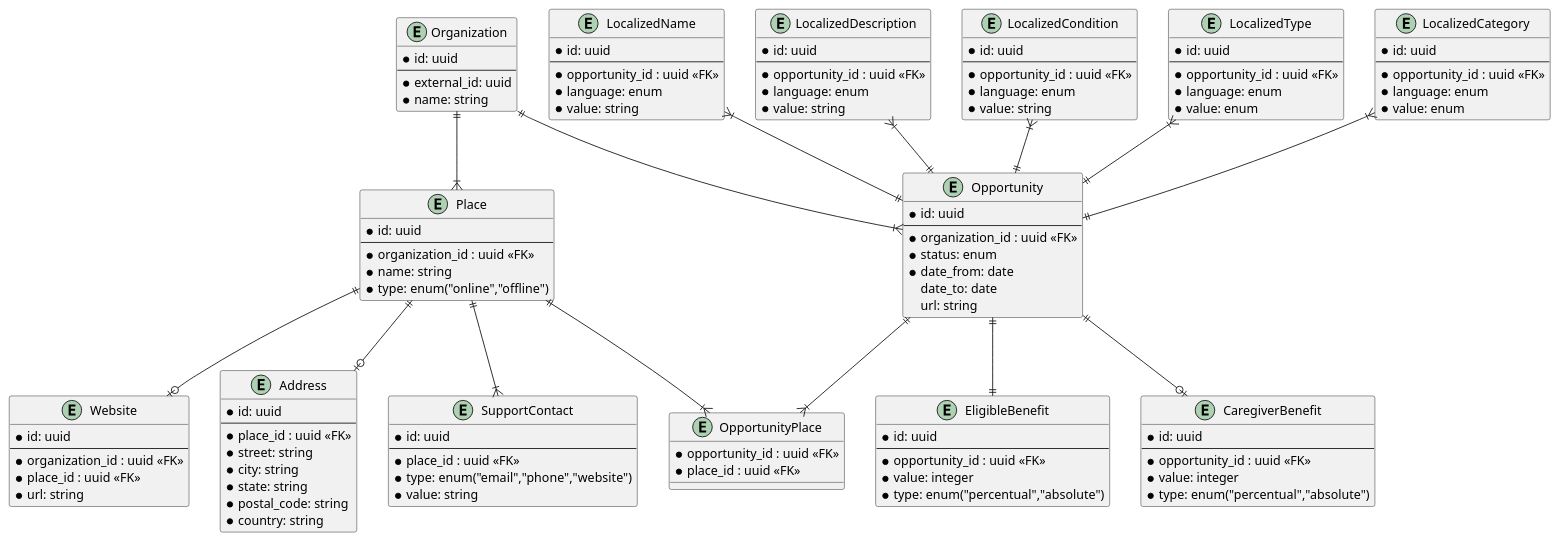
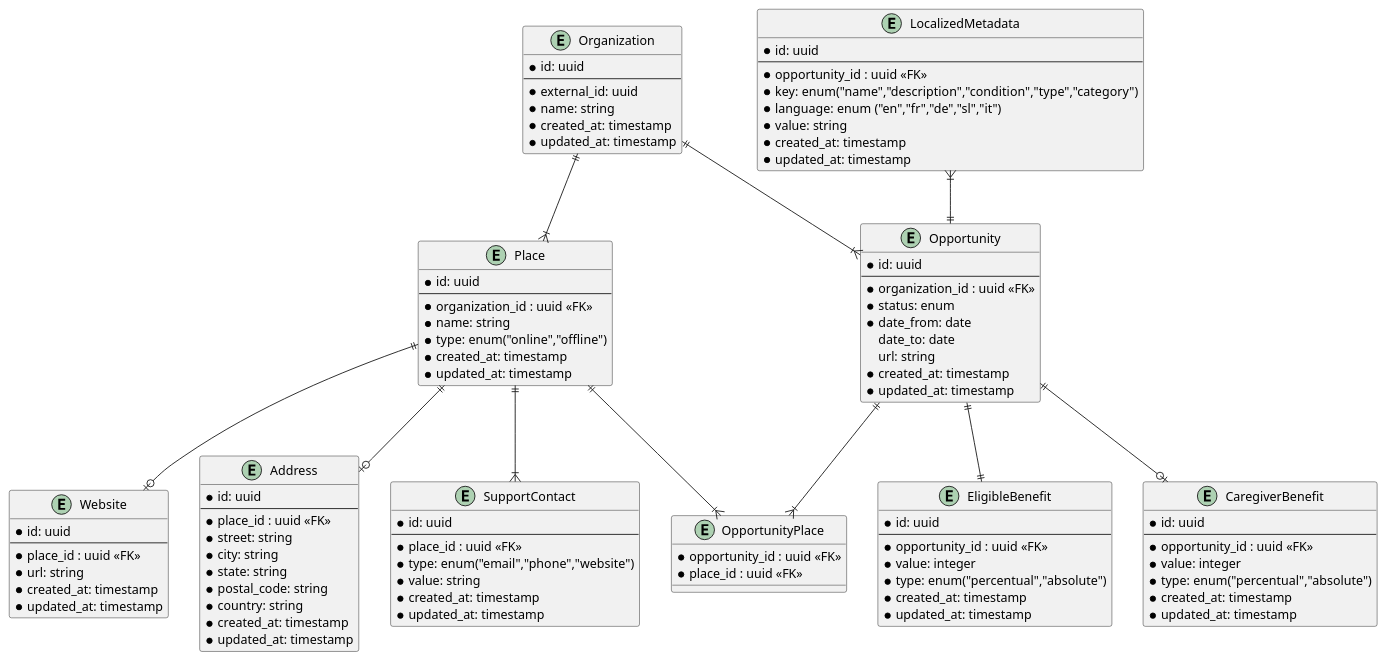
The diagram in docs/backoffice/er.puml (pagopa/io-growth), drawn with PlantUML before and after one commit.

Commit message:
(doc): fixes from review

```diff
--- a/docs/backoffice/er.puml
+++ b/docs/backoffice/er.puml
@@ -1,131 +1,113 @@
 @startuml er diagram
 
 entity Organization {
     * id: uuid
     --
     * external_id: uuid
     * name: string
+    * created_at: timestamp
+    * updated_at: timestamp
 }
 
 entity Place {
     * id: uuid
     --
     * organization_id : uuid <<FK>>
     * name: string
     * type: enum("online","offline")
+    * created_at: timestamp
+    * updated_at: timestamp
 }
 
 entity Website {
     * id: uuid
     --
-    * organization_id : uuid <<FK>>
     * place_id : uuid <<FK>>
     * url: string
+    * created_at: timestamp
+    * updated_at: timestamp
 }
 
 entity Address {
     * id: uuid
     --
     * place_id : uuid <<FK>>
     * street: string
     * city: string
     * state: string
     * postal_code: string
     * country: string
+    * created_at: timestamp
+    * updated_at: timestamp
 }
 
 entity SupportContact {
     * id: uuid
     --
     * place_id : uuid <<FK>>
     * type: enum("email","phone","website")
     * value: string
+    * created_at: timestamp
+    * updated_at: timestamp
 }
 
 entity OpportunityPlace {
     * opportunity_id : uuid <<FK>>
     * place_id : uuid <<FK>>
 }
 
 entity Opportunity {
     * id: uuid
     --
     * organization_id : uuid <<FK>>
     * status: enum
     * date_from: date
     date_to: date
     url: string
+    * created_at: timestamp
+    * updated_at: timestamp
 }
 
 entity EligibleBenefit {
     * id: uuid
     --
     * opportunity_id : uuid <<FK>>
     * value: integer
     * type: enum("percentual","absolute")
+    * created_at: timestamp
+    * updated_at: timestamp
 }
 
 entity CaregiverBenefit {
     * id: uuid
     --
     * opportunity_id : uuid <<FK>>
     * value: integer
     * type: enum("percentual","absolute")
+    * created_at: timestamp
+    * updated_at: timestamp
 }
 
-entity LocalizedName {
+entity LocalizedMetadata {
     * id: uuid
     --
     * opportunity_id : uuid <<FK>>
-    * language: enum
+    * key: enum("name","description","condition","type","category")
+    * language: enum ("en","fr","de","sl","it")
     * value: string
-}
-
-entity LocalizedDescription {
-    * id: uuid
-    --
-    * opportunity_id : uuid <<FK>>
-    * language: enum
-    * value: string
-}
-
-entity LocalizedCondition {
-    * id: uuid
-    --
-    * opportunity_id : uuid <<FK>>
-    * language: enum
-    * value: string
-}
-
-entity LocalizedType {
-    * id: uuid
-    --
-    * opportunity_id : uuid <<FK>>
-    * language: enum
-    * value: enum
-}
-
-entity LocalizedCategory {
-    * id: uuid
-    --
-    * opportunity_id : uuid <<FK>>
-    * language: enum
-    * value: enum
+    * created_at: timestamp
+    * updated_at: timestamp
 }
 
 Organization ||--|{ Place
 Organization ||--|{ Opportunity
 Place ||--o| Address
 Place ||--o| Website
 Place ||--|{ SupportContact
 Place ||--|{ OpportunityPlace
 Opportunity ||--|{ OpportunityPlace
-LocalizedName }|--|| Opportunity
-LocalizedDescription }|--|| Opportunity
-LocalizedCondition }|--|| Opportunity
-LocalizedType }|--|| Opportunity
-LocalizedCategory }|--|| Opportunity
+LocalizedMetadata }|--|| Opportunity
 Opportunity ||--|| EligibleBenefit
 Opportunity ||--o| CaregiverBenefit
 
 @enduml
```
